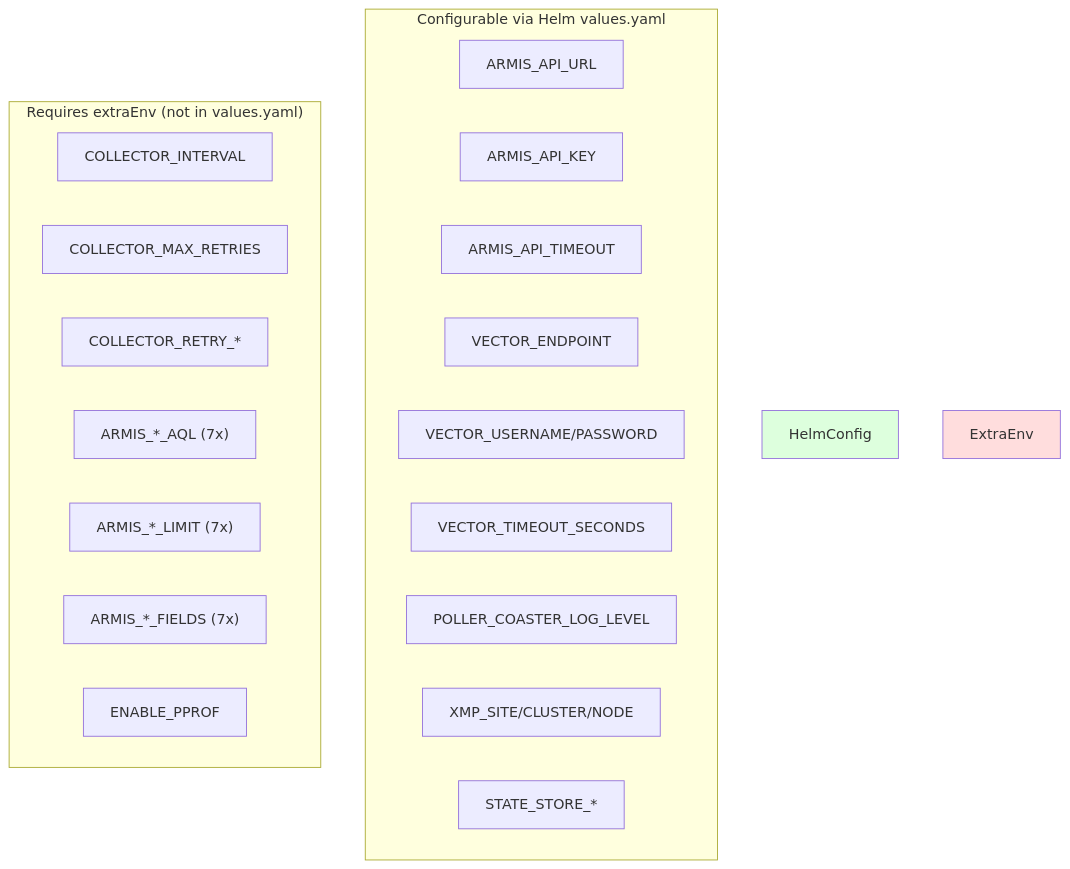
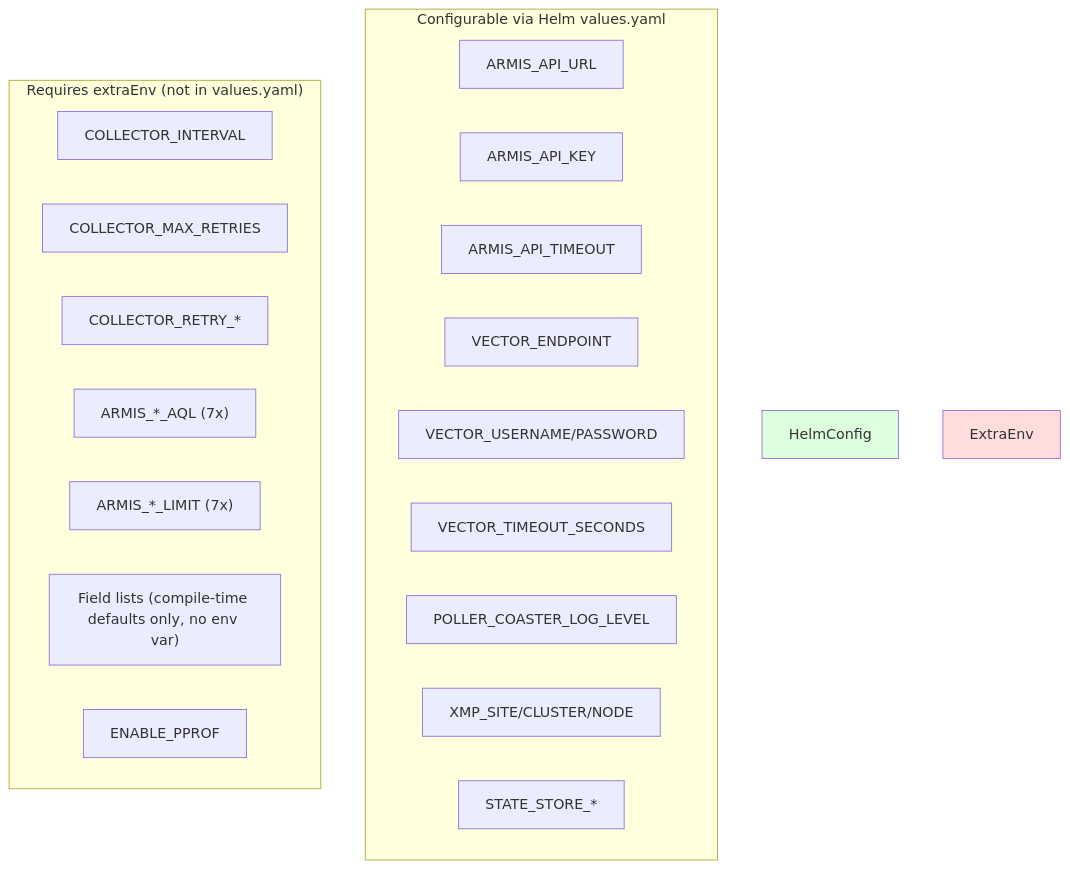
The diagram in semport/poller-coaster/poller-coaster-pass-1-deep-architecture-r2.md (drbothen/prism), drawn with Mermaid before and after one commit. The commit also changed other lines of this file and 76 other files, not shown here.

````diff
--- a/semport/poller-coaster/poller-coaster-pass-1-deep-architecture-r2.md
+++ b/semport/poller-coaster/poller-coaster-pass-1-deep-architecture-r2.md
@@ -102,26 +102,26 @@
 ```mermaid
 graph TD
     subgraph "Configurable via Helm values.yaml"
         style HelmConfig fill:#dfd
         ArmisURL["ARMIS_API_URL"]
         ArmisKey["ARMIS_API_KEY"]
         ArmisTimeout["ARMIS_API_TIMEOUT"]
         SinkEndpoint["VECTOR_ENDPOINT"]
         SinkCreds["VECTOR_USERNAME/PASSWORD"]
         SinkTimeout["VECTOR_TIMEOUT_SECONDS"]
         LogLevel["POLLER_COASTER_LOG_LEVEL"]
         XMP["XMP_SITE/CLUSTER/NODE"]
         StateCfg["STATE_STORE_*"]
     end
 
     subgraph "Requires extraEnv (not in values.yaml)"
         style ExtraEnv fill:#fdd
         CollInterval["COLLECTOR_INTERVAL"]
         CollRetry["COLLECTOR_MAX_RETRIES"]
         CollDelay["COLLECTOR_RETRY_*"]
         AQLQueries["ARMIS_*_AQL (7x)"]
         AQLLimits["ARMIS_*_LIMIT (7x)"]
-        AQLFields["ARMIS_*_FIELDS (7x)"]
+        FieldDefaults["Field lists (compile-time defaults only, no env var)"]
         Pprof["ENABLE_PPROF"]
     end
 ```
````
